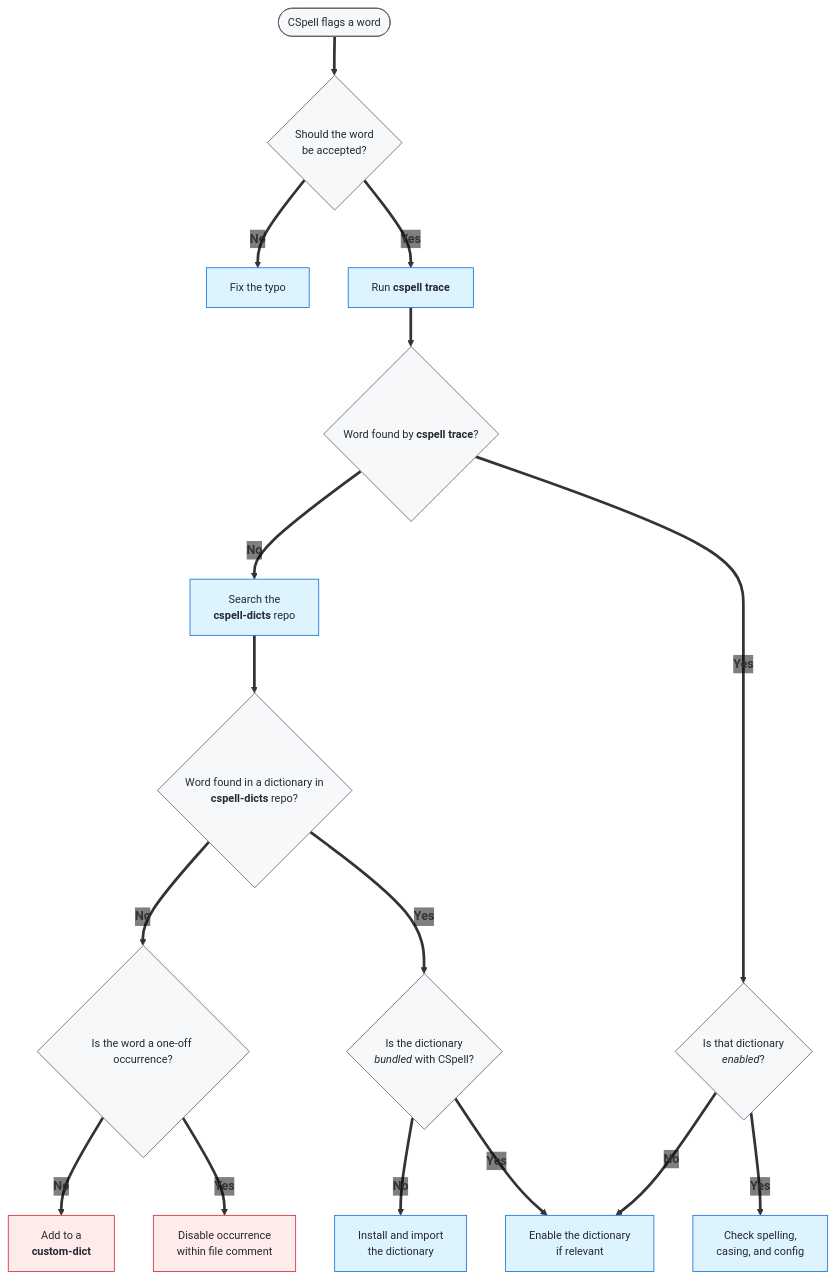
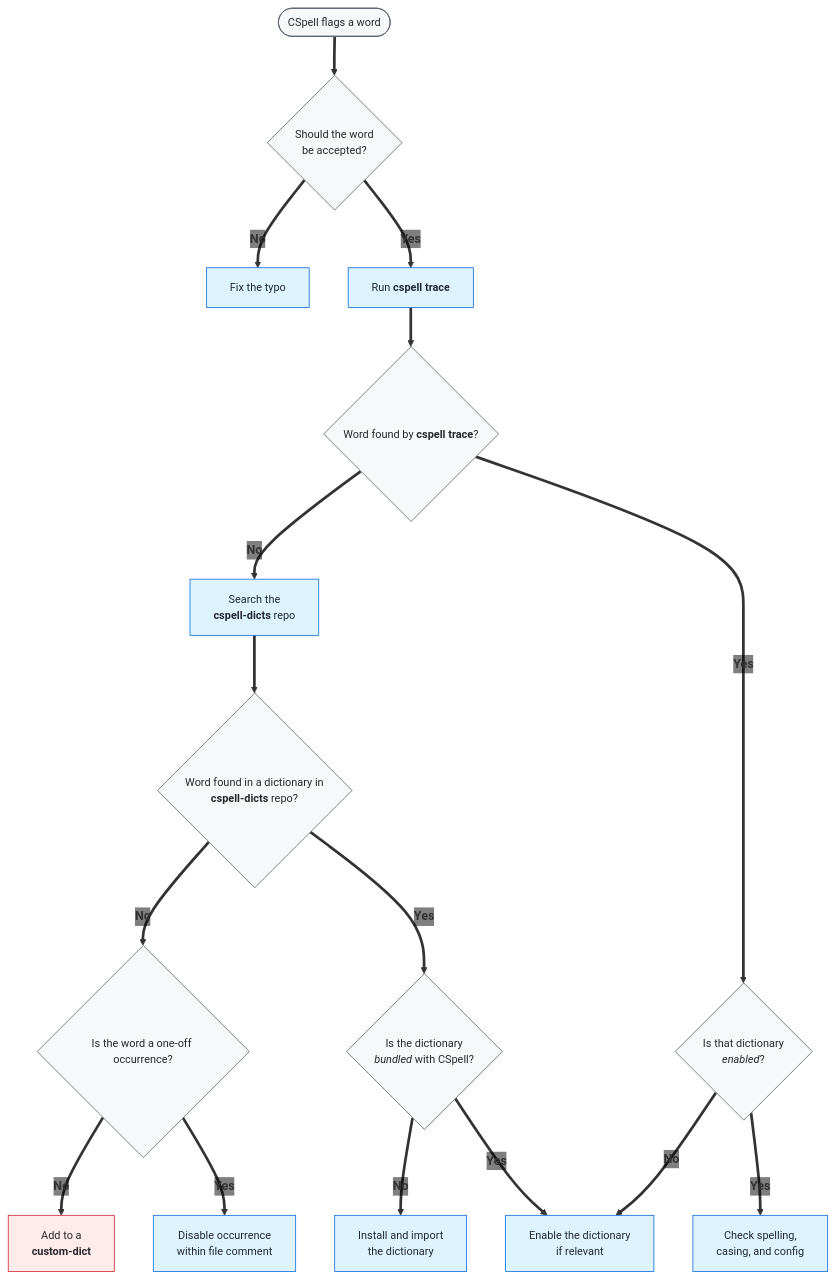
One commit to ScilifelabDataCentre/data.scilifelab.se changed the diagram in .config/cspell/README.md. Above: the diagram before and after it, drawn with Mermaid. The commit also changed other lines of this file, not shown here.

````diff
--- a/.config/cspell/README.md
+++ b/.config/cspell/README.md
@@ -145,39 +145,39 @@
 ```mermaid
 ---
 config:
   themeVariables:
     edgeLabelBackground: transparent
 ---
 flowchart TD
     A([CSpell flags a word]) ==> B{Should the word<br/>be accepted?}
 
     B ==>|"`**No**`"| C[Fix the typo]
     B ==>|"`**Yes**`"| D["`Run **cspell trace**`"]
 
     D ==> E{"`Word found by **cspell trace**?`"}
 
     E ==>|"`**No**`"| I["`Search the <br/> **cspell-dicts** repo`"]
     E ==>|"`**Yes**`"| F{"`Is that dictionary<br/>_enabled_?`"}
 
     F ==>|"`**No**`"| H[Enable the dictionary<br/>if relevant]
     F ==>|"`**Yes**`"| G[Check spelling,<br/>casing, and config]
 
     I ==> J{"`Word found in a dictionary in <br/> **cspell-dicts** repo?`"}
 
     J ==>|"`**No**`"| N{"`Is the word a one-off occurrence?`"}
     J ==>|"`**Yes**`"| K{"`Is the dictionary<br/>_bundled_ with CSpell?`"}
 
     N ==>|"`**No**`"| M["`Add to a <br/> **custom-dict**`"]
     N ==>|"`**Yes**`"| O["`Disable occurrence <br/> within file comment`"]
 
     K ==>|"`**No**`"| L[Install and import<br/>the dictionary]
     K ==>|"`**Yes**`"| H
 
     classDef neutral fill:#f6f8fa,stroke:#57606a,color:#24292f,font-size:14px;
     classDef do fill:#ddf4ff,stroke:#0969da,color:#24292f,font-size:14px;
     classDef fallback fill:#ffebe9,stroke:#cf222e,color:#24292f,font-size:14px;
 
     class A,B,E,F,J,K,N neutral;
-    class C,D,G,H,I,L do;
-    class M,O fallback;
+    class C,D,G,H,I,L,O do;
+    class M fallback;
 ```
````
